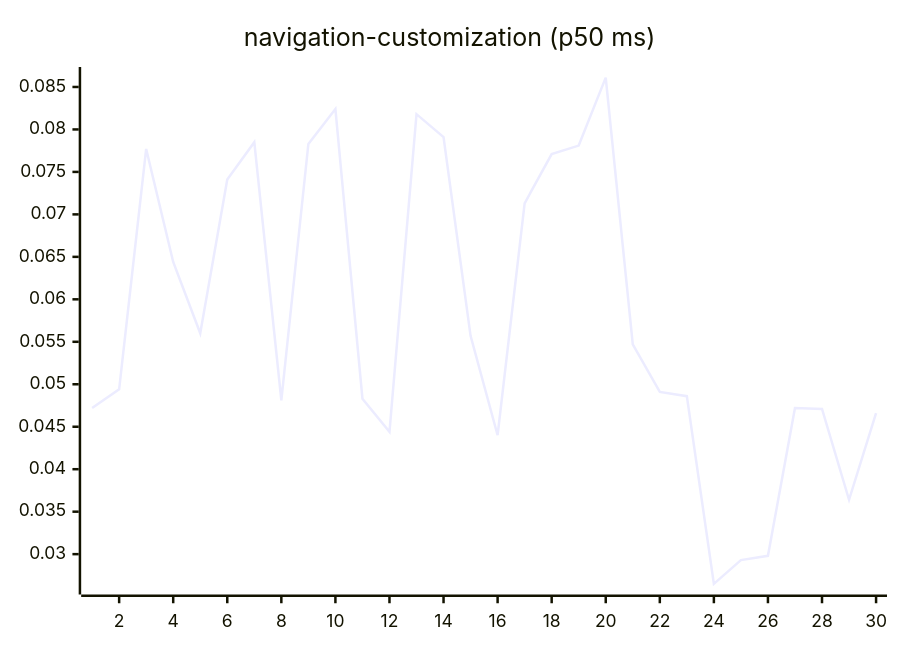
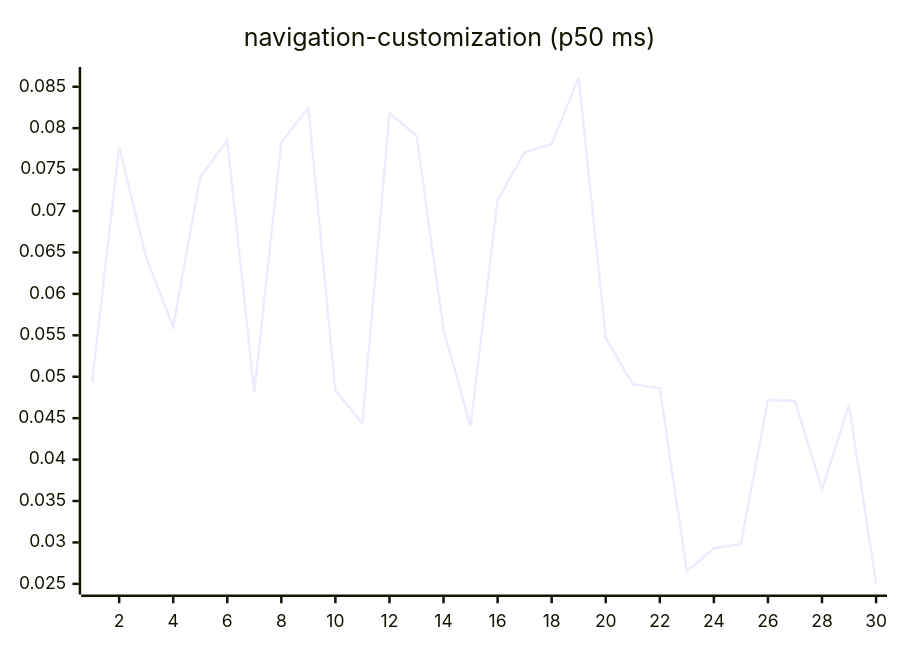
Diagram 15 of 27 in README.md (josha/Facet), drawn with Mermaid before and after one commit. The commit also changed other lines of this file and 2 other files, not shown here.

````diff
--- a/README.md
+++ b/README.md
@@ -161,6 +161,6 @@
 ```mermaid
 xychart-beta
     title "navigation-customization (p50 ms)"
     x-axis 1 --> 30
-    line [0.0472, 0.0494, 0.0777, 0.0644, 0.0560, 0.0741, 0.0785, 0.0481, 0.0783, 0.0824, 0.0483, 0.0444, 0.0818, 0.0791, 0.0557, 0.0440, 0.0713, 0.0771, 0.0781, 0.0861, 0.0547, 0.0491, 0.0486, 0.0265, 0.0293, 0.0298, 0.0472, 0.0471, 0.0364, 0.0466]
+    line [0.0494, 0.0777, 0.0644, 0.0560, 0.0741, 0.0785, 0.0481, 0.0783, 0.0824, 0.0483, 0.0444, 0.0818, 0.0791, 0.0557, 0.0440, 0.0713, 0.0771, 0.0781, 0.0861, 0.0547, 0.0491, 0.0486, 0.0265, 0.0293, 0.0298, 0.0472, 0.0471, 0.0364, 0.0466, 0.0250]
 ```
````
